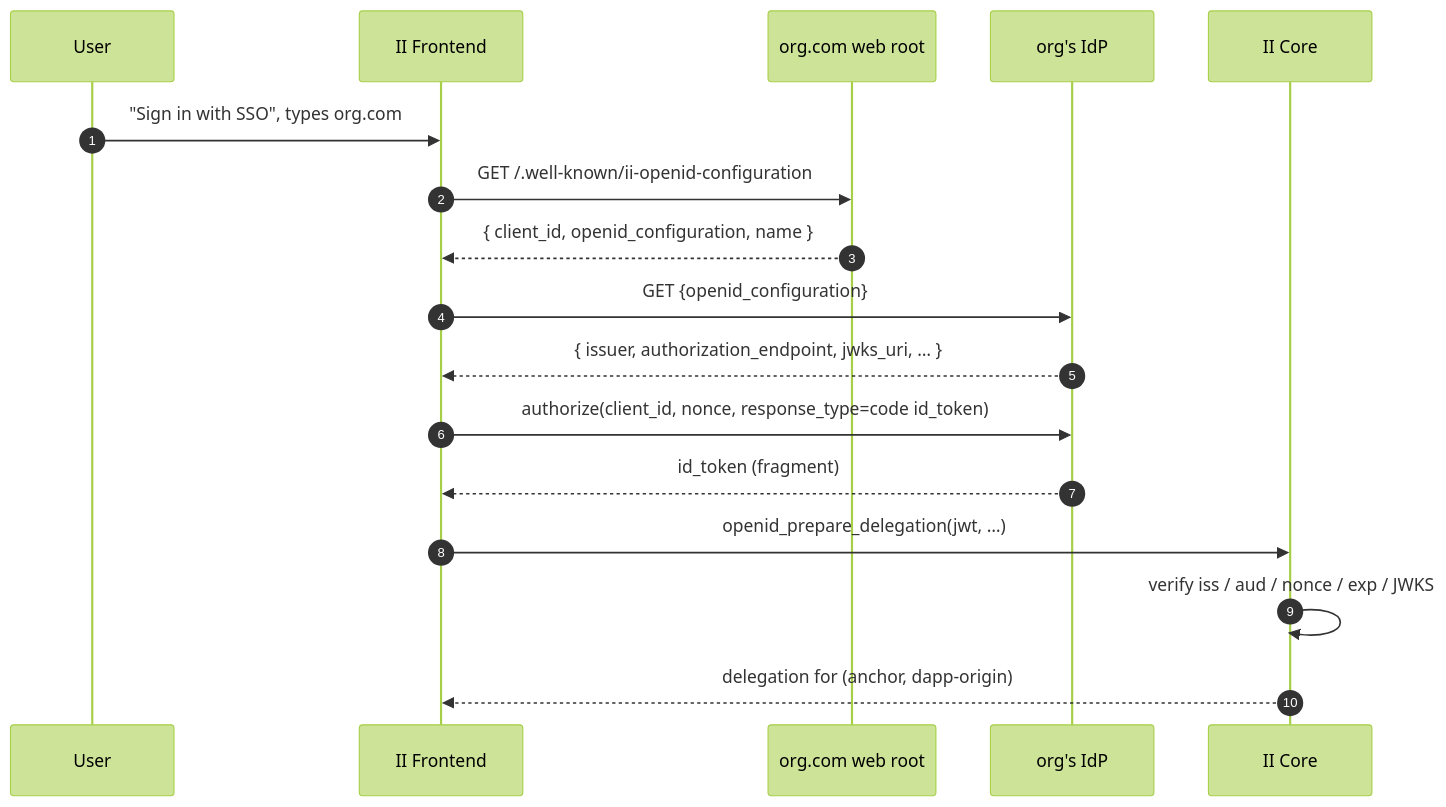
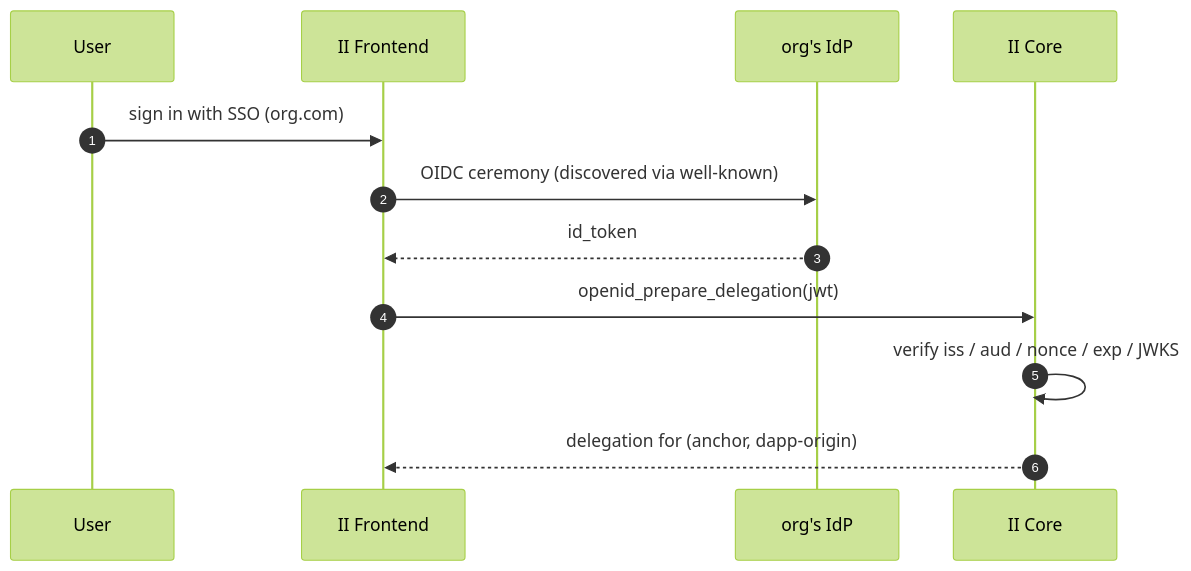
One commit to dfinity/internet-identity changed the first of 5 diagrams in docs/ongoing/enterprise-sso-per-app-access-control.md. Above: the diagram before and after it, drawn with Mermaid (forest theme). The commit also changed other lines of this file, not shown here.

First line of the commit message:
docs: focus the SSO RFC on one implementation; fix mermaid

````diff
--- a/docs/ongoing/enterprise-sso-per-app-access-control.md
+++ b/docs/ongoing/enterprise-sso-per-app-access-control.md
@@ -63,20 +34,14 @@
 ```mermaid
 sequenceDiagram
     autonumber
     participant U as User
     participant FE as II Frontend
-    participant Org as org.com web root
     participant IdP as org's IdP
     participant II as II Core
-
-    U->>FE: "Sign in with SSO", types org.com
-    FE->>Org: GET /.well-known/ii-openid-configuration
-    Org-->>FE: { client_id, openid_configuration, name }
-    FE->>IdP: GET {openid_configuration}
-    IdP-->>FE: { issuer, authorization_endpoint, jwks_uri, … }
-    FE->>IdP: authorize(client_id, nonce, response_type=code id_token)
-    IdP-->>FE: id_token (fragment)
-    FE->>II: openid_prepare_delegation(jwt, …)
+    U->>FE: sign in with SSO (org.com)
+    FE->>IdP: OIDC ceremony (discovered via well-known)
+    IdP-->>FE: id_token
+    FE->>II: openid_prepare_delegation(jwt)
     II->>II: verify iss / aud / nonce / exp / JWKS
     II-->>FE: delegation for (anchor, dapp-origin)
 ```
````
